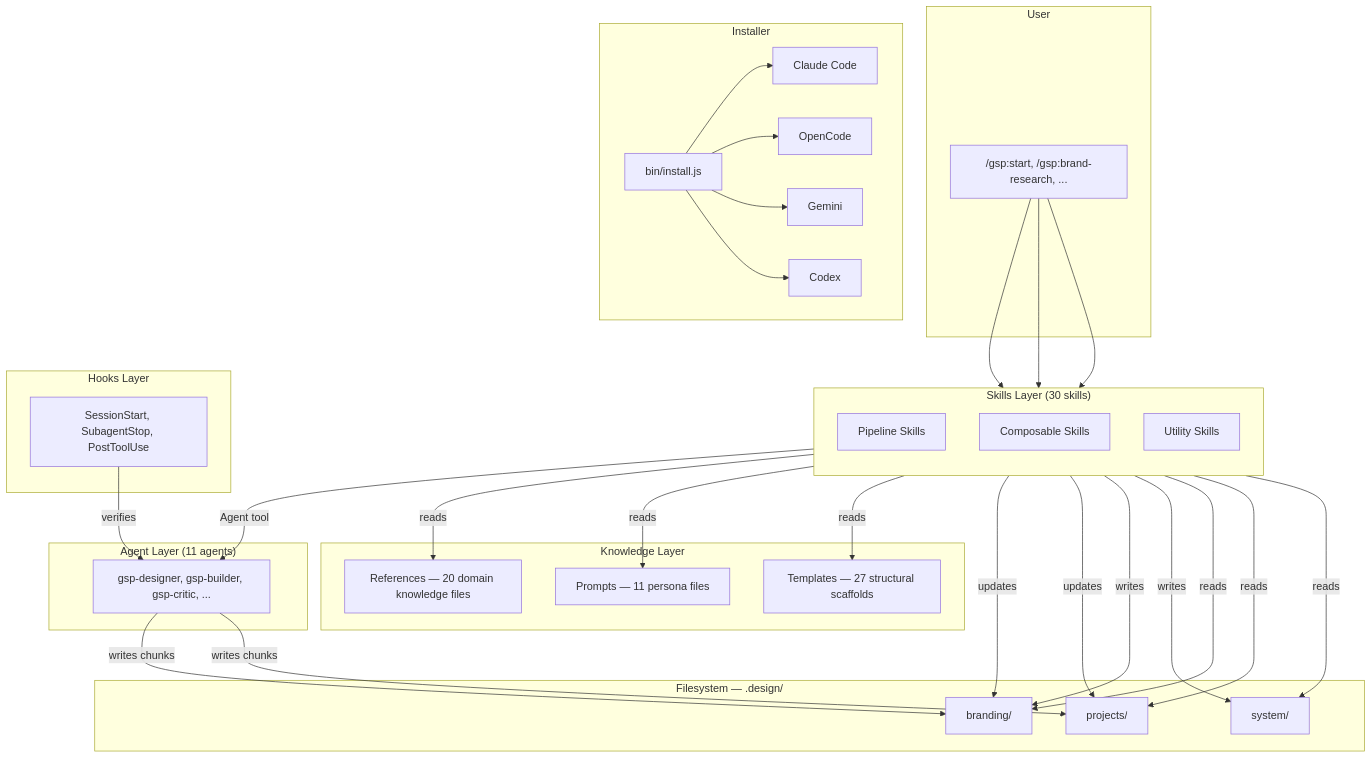
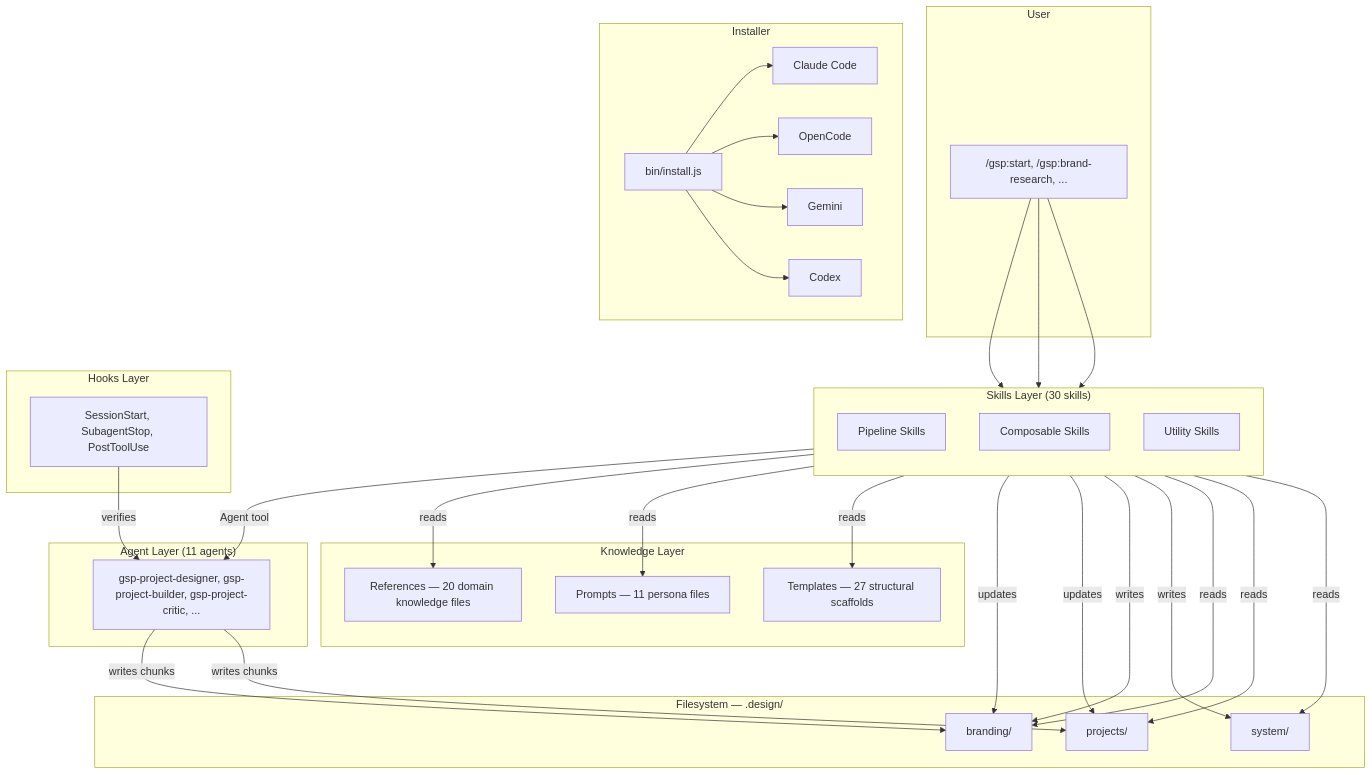
The first of 8 diagrams in ARCHITECTURE.md (jubscodes/get-shit-pretty), drawn with Mermaid before and after one commit. The commit also changed other lines of this file and 41 other files, not shown here.

````diff
--- a/ARCHITECTURE.md
+++ b/ARCHITECTURE.md
@@ -5,51 +5,51 @@
 ```mermaid
 graph TB
     subgraph "User"
         CLI["/gsp:start, /gsp:brand-research, ..."]
     end
 
     subgraph "Skills Layer (30 skills)"
         direction TB
         PS[Pipeline Skills]
         CS[Composable Skills]
         US[Utility Skills]
     end
 
     subgraph "Agent Layer (11 agents)"
-        AG[gsp-designer, gsp-builder, gsp-critic, ...]
+        AG[gsp-project-designer, gsp-project-builder, gsp-project-critic, ...]
     end
 
     subgraph "Knowledge Layer"
         PR[Prompts — 11 persona files]
         RF[References — 20 domain knowledge files]
         TM[Templates — 27 structural scaffolds]
     end
 
     subgraph "Hooks Layer"
         HK[SessionStart, SubagentStop, PostToolUse]
     end
 
     subgraph "Filesystem — .design/"
         BR[branding/]
         PJ[projects/]
         SY[system/]
     end
 
     subgraph "Installer"
         INS[bin/install.js]
         CC[Claude Code]
         OC[OpenCode]
         GE[Gemini]
         CX[Codex]
     end
 
     CLI --> PS & CS & US
     PS -->|"Agent tool"| AG
     AG -->|writes chunks| BR & PJ
     PS -->|reads| RF & PR & TM
     PS -->|updates| BR & PJ
     CS -->|writes| BR & SY
     US -->|reads| BR & PJ & SY
     HK -->|verifies| AG
     INS --> CC & OC & GE & CX
 ```
````
